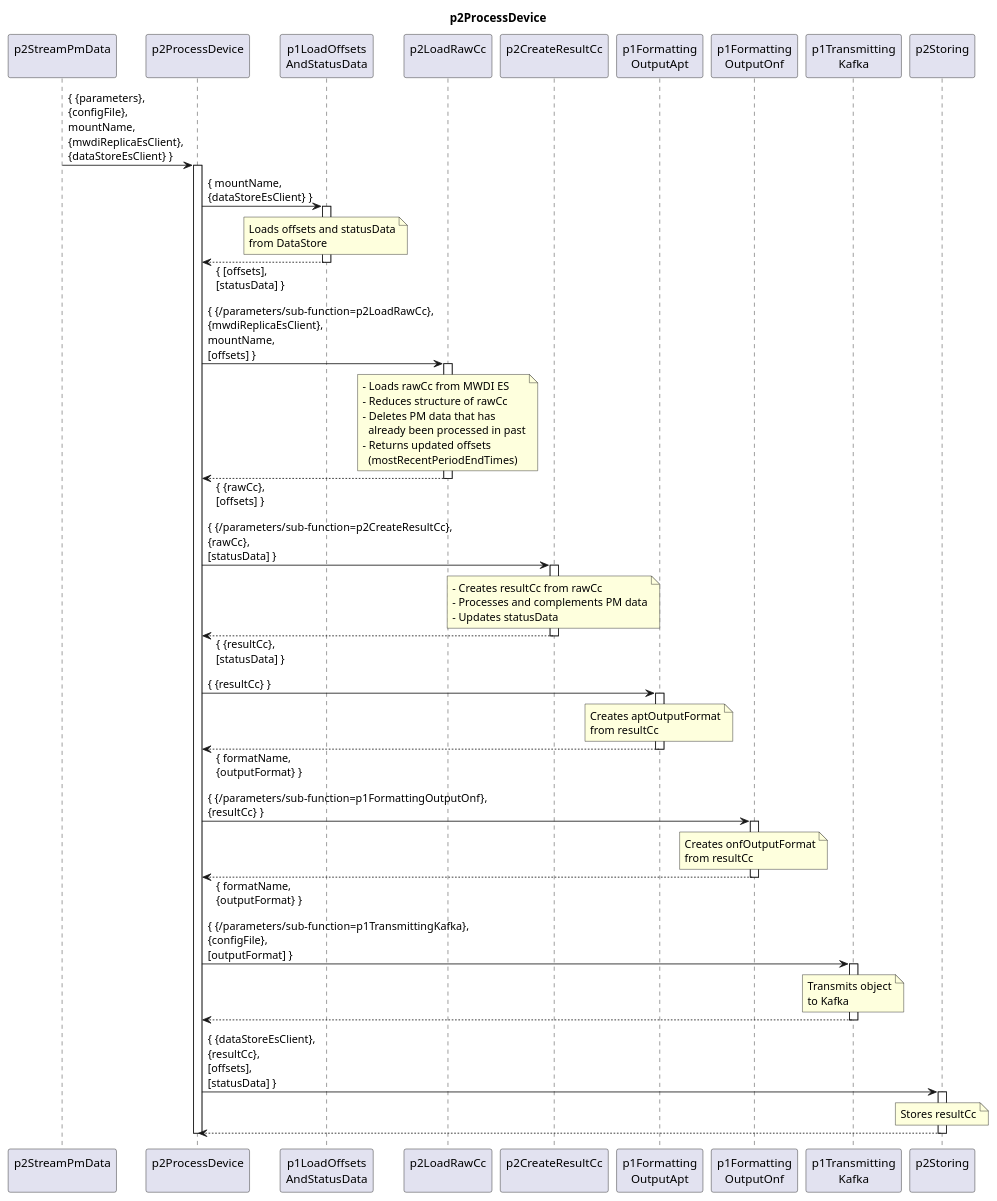
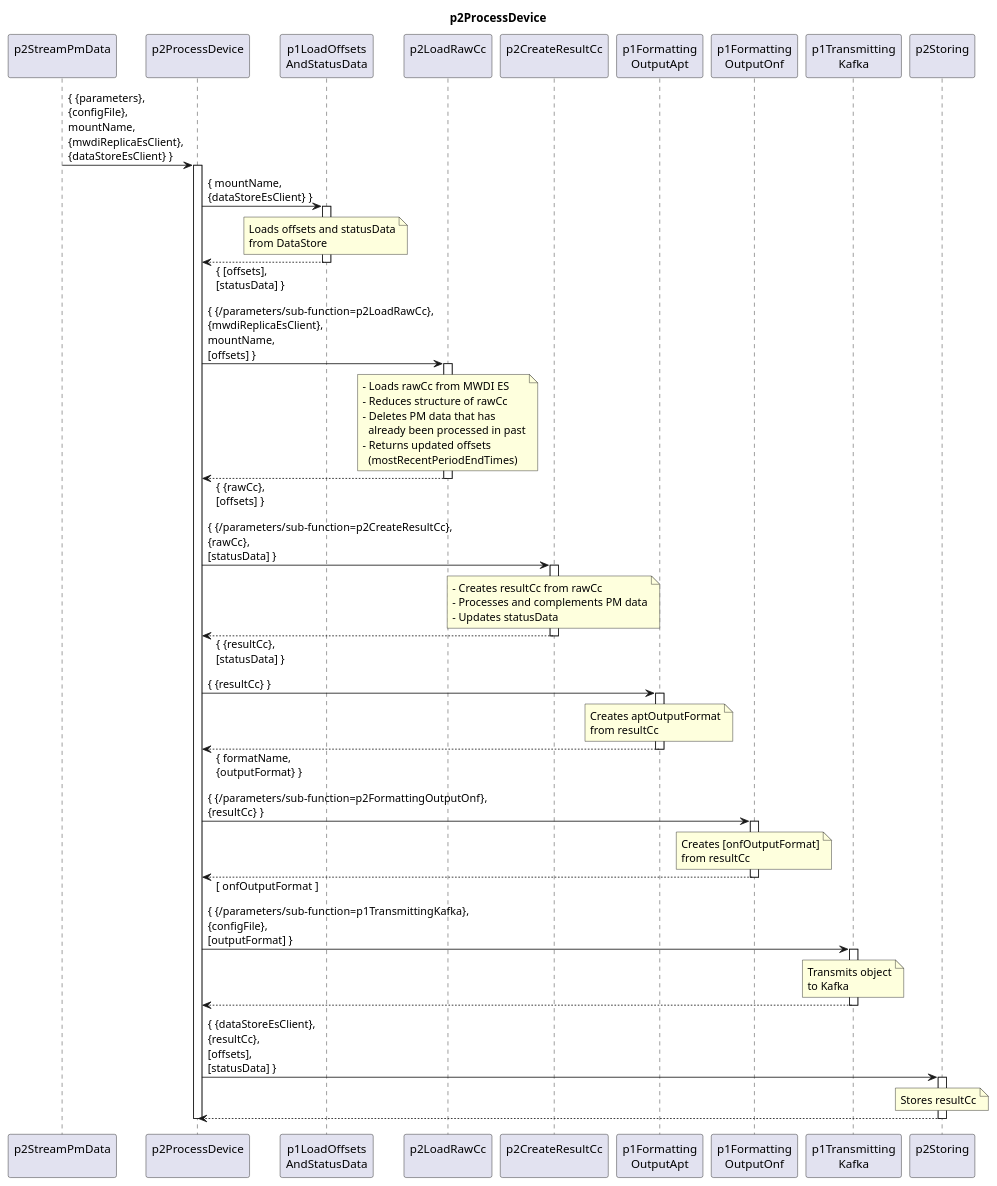
The diagram in spec/Functions/p2StreamPmData/p2ProcessDevice/1.0.0/p2ProcessDevice.plantuml (openBackhaul/DevicePerformanceManagementDataProcessor), drawn with PlantUML before and after one commit. The commit also changed 23 other files, not shown here.

Commit message:
Create multiple ONF output formats

```diff
--- a/spec/Functions/p2StreamPmData/p2ProcessDevice/1.0.0/p2ProcessDevice.plantuml
+++ b/spec/Functions/p2StreamPmData/p2ProcessDevice/1.0.0/p2ProcessDevice.plantuml
@@ -1,111 +1,111 @@
 @startuml p2ProcessDevice
 skinparam responseMessageBelowArrow true
 
 title
   p2ProcessDevice
 end title
 
 participant "p2StreamPmData\n" as requestor
 participant "p2ProcessDevice\n" as cur
 participant "p1LoadOffsets\nAndStatusData" as p1Offset
 participant "p2LoadRawCc\n" as p2AddRaw
 participant "p2CreateResultCc\n" as p2CreateResCc
 participant "p1Formatting\nOutputApt" as p1OutputApt
 participant "p1Formatting\nOutputOnf" as p1OutputOnf
 participant "p1Transmitting\nKafka" as p1Trans
 participant "p2Storing\n" as p2Store
 
 requestor -> cur : { {parameters},\n{configFile},\nmountName,\n{mwdiReplicaEsClient},\n{dataStoreEsClient} }
 activate cur
 
   'LoadOffsetsAndStatusData
   cur -> p1Offset: { mountName,\n{dataStoreEsClient} }
   activate p1Offset
 
     note over p1Offset
       Loads offsets and statusData
       from DataStore
     end note
 
   cur <-- p1Offset: { [offsets],\n[statusData] }
   deactivate p1Offset
 
   'LoadRawCc
   cur -> p2AddRaw : { {/parameters/sub-function=p2LoadRawCc},\n{mwdiReplicaEsClient},\nmountName,\n[offsets] }
   activate p2AddRaw
 
     note over p2AddRaw
       - Loads rawCc from MWDI ES
       - Reduces structure of rawCc
       - Deletes PM data that has
         already been processed in past
       - Returns updated offsets
         (mostRecentPeriodEndTimes)
     end note
 
   cur <-- p2AddRaw : { {rawCc},\n[offsets] }
   deactivate p2AddRaw
 
   'CreateResultCc
   cur -> p2CreateResCc : { {/parameters/sub-function=p2CreateResultCc},\n{rawCc},\n[statusData] }
   activate p2CreateResCc
 
     note over p2CreateResCc
       - Creates resultCc from rawCc
       - Processes and complements PM data
       - Updates statusData
     end note
 
   cur <-- p2CreateResCc :  { {resultCc},\n[statusData] }
   deactivate p2CreateResCc
 
   'FormattingOutputApt
   cur -> p1OutputApt : { {resultCc} }
   activate p1OutputApt
 
     note over p1OutputApt
       Creates aptOutputFormat
       from resultCc
     end note
 
   cur <-- p1OutputApt : { formatName,\n{outputFormat} }
   deactivate p1OutputApt
 
   'FormattingOutputOnf
-  cur -> p1OutputOnf : { {/parameters/sub-function=p1FormattingOutputOnf},\n{resultCc} }
+  cur -> p1OutputOnf : { {/parameters/sub-function=p2FormattingOutputOnf},\n{resultCc} }
   activate p1OutputOnf
 
     note over p1OutputOnf
-      Creates onfOutputFormat
+      Creates [onfOutputFormat]
       from resultCc
     end note
 
-  cur <-- p1OutputOnf : { formatName,\n{outputFormat} }
+  cur <-- p1OutputOnf : [ onfOutputFormat ]
   deactivate p1OutputOnf
 
   'TransmittingKafka
   cur -> p1Trans : { {/parameters/sub-function=p1TransmittingKafka},\n{configFile},\n[outputFormat] }
   activate p1Trans
 
     note over p1Trans
       Transmits object
       to Kafka
     end note
 
   cur <-- p1Trans
   deactivate p1Trans
 
   'Storing
   cur -> p2Store : { {dataStoreEsClient},\n{resultCc},\n[offsets],\n[statusData] }
   activate p2Store
 
     note over p2Store
       Stores resultCc
     end note
 
   cur <-- p2Store
   deactivate p2Store
 
 deactivate cur
 
 @enduml
```
